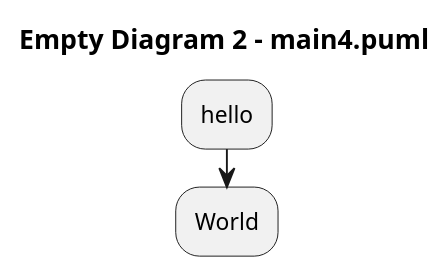
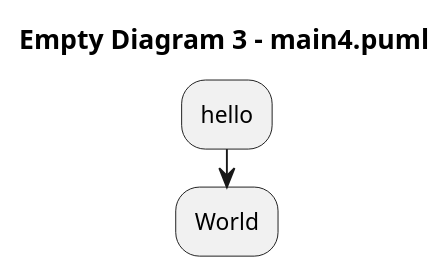
Before and after one commit to arwenvaughan/test1: the diagram in main4.puml, drawn with PlantUML.

Commit message:
PlantText Commit: 3.

```diff
--- a/main4.puml
+++ b/main4.puml
@@ -1,7 +1,7 @@
 @startuml
 
-title Empty Diagram 2 - main4.puml
+title Empty Diagram 3 - main4.puml
 :hello;
 :World;
 
 @enduml
```
